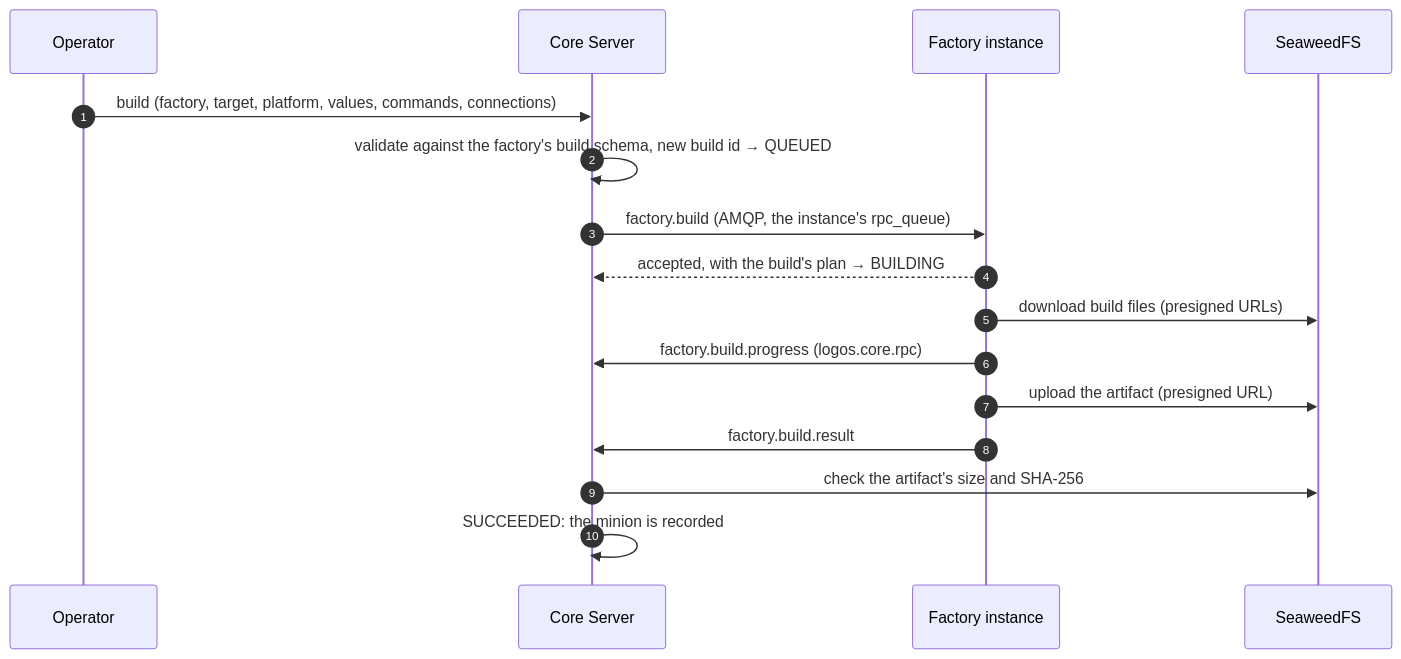
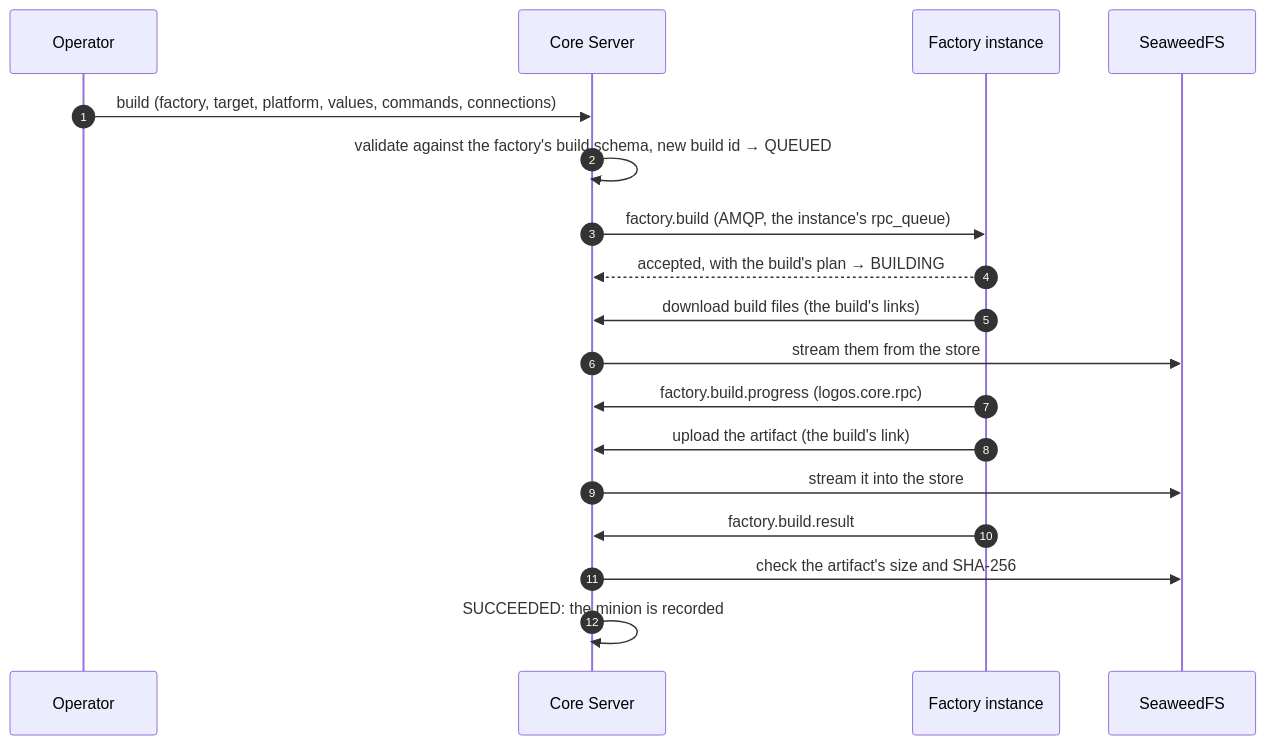
One commit to LogosCore/logos-docs changed the first of 3 diagrams in src/content/docs/message-flow-full.md. Above: the diagram before and after it, drawn with Mermaid. The commit also changed other lines of this file and 5 other files, not shown here.

````diff
--- a/src/content/docs/message-flow-full.md
+++ b/src/content/docs/message-flow-full.md
@@ -13,19 +13,21 @@
 ```mermaid
 sequenceDiagram
     autonumber
     participant OP as Operator
     participant CS as Core Server
     participant IP as Factory instance
     participant S3 as SeaweedFS
 
     OP->>CS: build (factory, target, platform, values, commands, connections)
     CS->>CS: validate against the factory's build schema, new build id → QUEUED
     CS->>IP: factory.build (AMQP, the instance's rpc_queue)
     IP-->>CS: accepted, with the build's plan → BUILDING
-    IP->>S3: download build files (presigned URLs)
+    IP->>CS: download build files (the build's links)
+    CS->>S3: stream them from the store
     IP->>CS: factory.build.progress (logos.core.rpc)
-    IP->>S3: upload the artifact (presigned URL)
+    IP->>CS: upload the artifact (the build's link)
+    CS->>S3: stream it into the store
     IP->>CS: factory.build.result
     CS->>S3: check the artifact's size and SHA-256
     CS->>CS: SUCCEEDED: the minion is recorded
 ```
````
